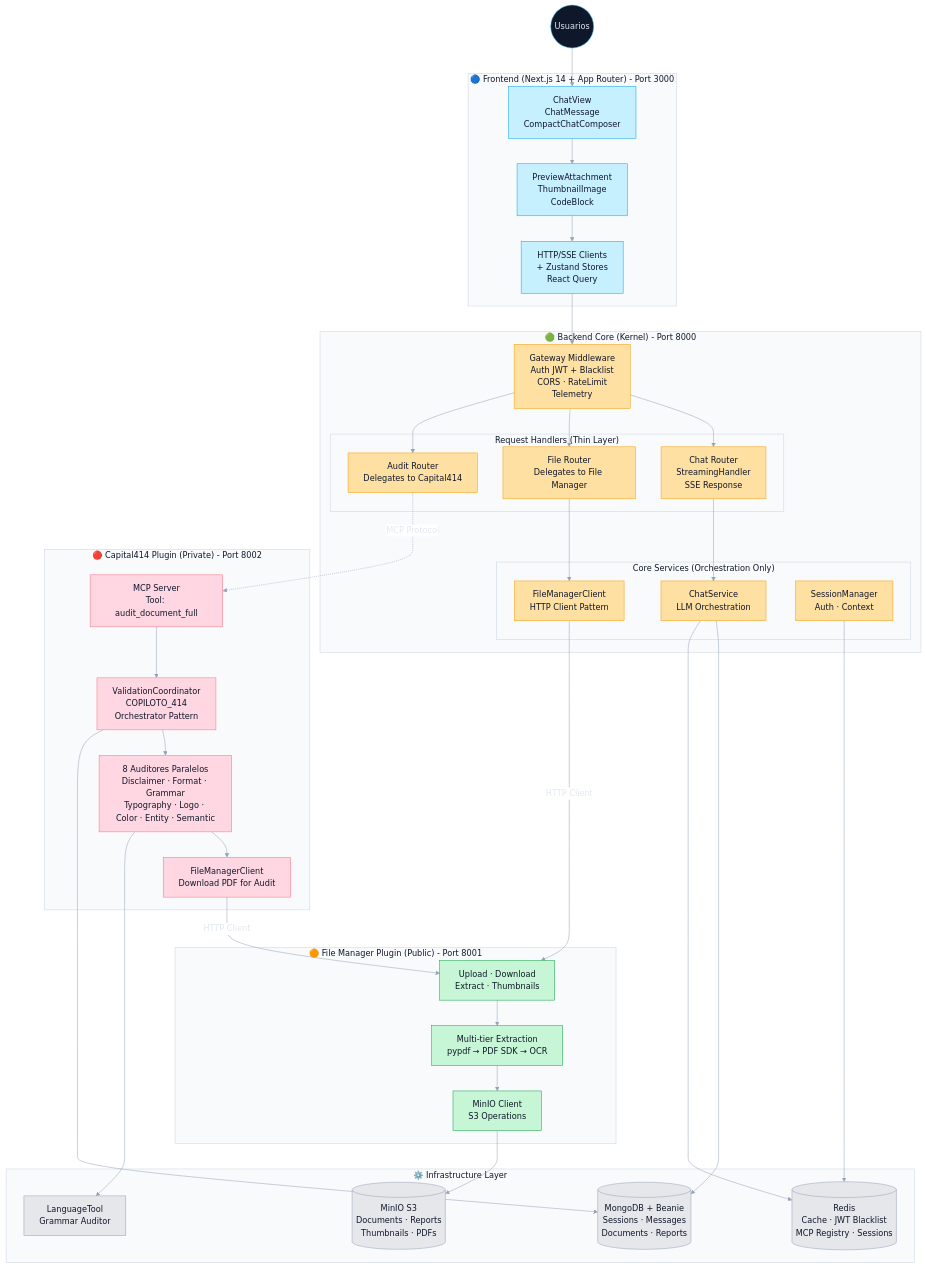
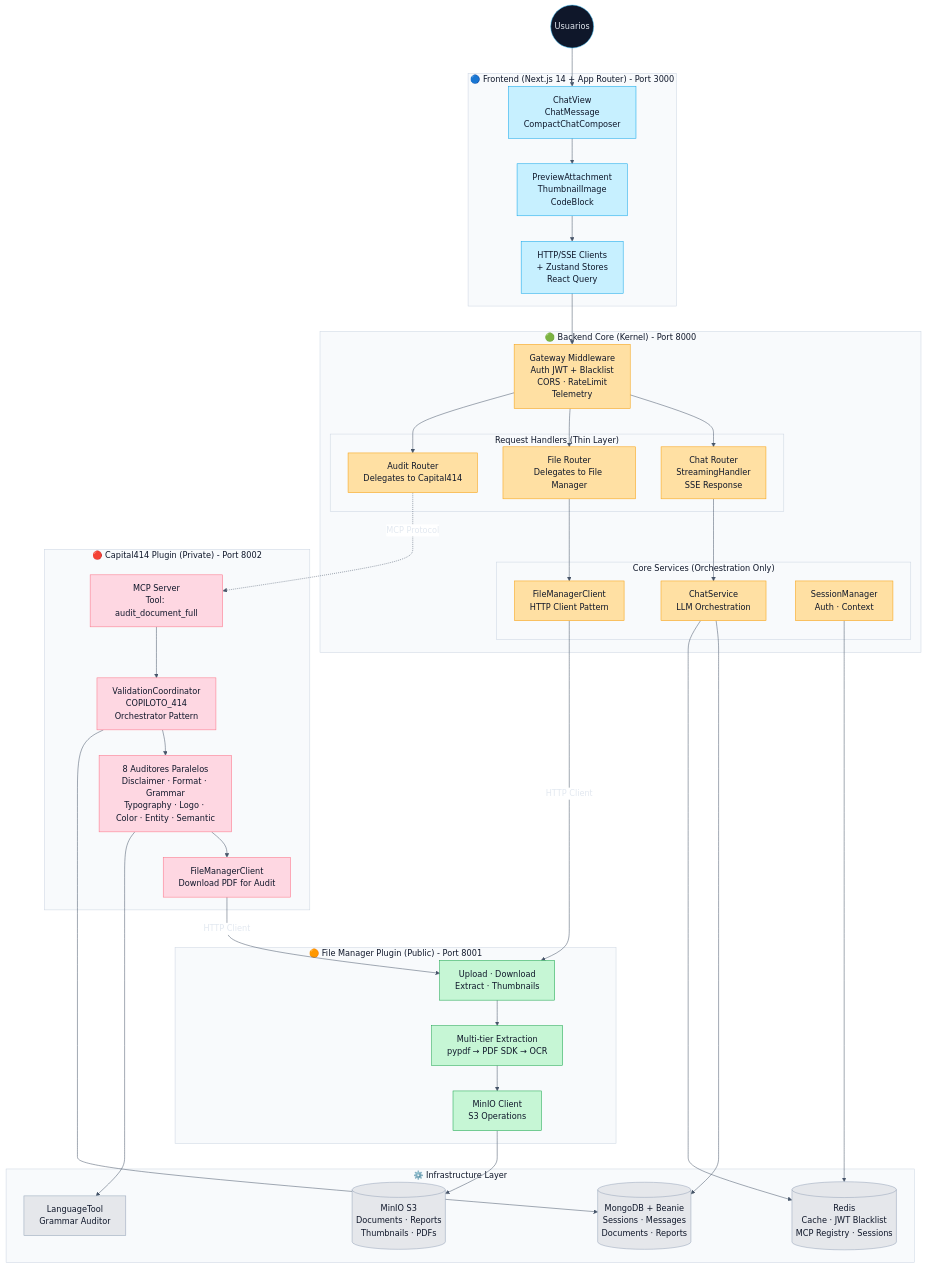
The third of 11 diagrams in README.md (saptiva-ai/octavios-chat), drawn with Mermaid before and after one commit. The commit also changed other lines of this file, not shown here.

Commit message:
docs: darken diagram edges

````diff
--- a/README.md
+++ b/README.md
@@ -447,81 +447,81 @@
 ```mermaid
-%%{init: {'theme': 'base', 'themeVariables': {'primaryColor': '#0f172a','primaryBorderColor': '#38bdf8','primaryTextColor': '#e2e8f0','lineColor': '#94a3b8','secondaryColor': '#ffffff','secondaryBorderColor': '#cbd5e1','secondaryTextColor': '#0f172a','tertiaryColor': '#f8fafc','tertiaryBorderColor': '#cbd5e1','tertiaryTextColor': '#0f172a'}}}%%
+%%{init: {'theme': 'base', 'themeVariables': {'primaryColor': '#0f172a','primaryBorderColor': '#38bdf8','primaryTextColor': '#e2e8f0','lineColor': '#475569','textColor': '#1f2937','secondaryColor': '#ffffff','secondaryBorderColor': '#cbd5e1','secondaryTextColor': '#0f172a','tertiaryColor': '#f8fafc','tertiaryBorderColor': '#cbd5e1','tertiaryTextColor': '#0f172a'}}}%%
 flowchart TB
     user((Usuarios)):::light --> web_ui
 
     subgraph Frontend["🔵 Frontend (Next.js 14 + App Router) - Port 3000"]
         web_ui["ChatView<br/>ChatMessage<br/>CompactChatComposer"]:::frontend
         web_components["PreviewAttachment<br/>ThumbnailImage<br/>CodeBlock"]:::frontend
         web_clients["HTTP/SSE Clients<br/>+ Zustand Stores<br/>React Query"]:::frontend
     end
 
     web_ui --> web_components
     web_components --> web_clients
     web_clients --> gateway
 
     subgraph Core["🟢 Backend Core (Kernel) - Port 8000"]
         gateway["Gateway Middleware<br/>Auth JWT + Blacklist<br/>CORS · RateLimit<br/>Telemetry"]:::core
 
         subgraph Handlers["Request Handlers (Thin Layer)"]
             chat_router["Chat Router<br/>StreamingHandler<br/>SSE Response"]:::core
             file_router["File Router<br/>Delegates to File Manager"]:::core
             audit_router["Audit Router<br/>Delegates to Capital414"]:::core
         end
 
         subgraph CoreServices["Core Services (Orchestration Only)"]
             chat_service["ChatService<br/>LLM Orchestration"]:::core
             fm_client["FileManagerClient<br/>HTTP Client Pattern"]:::core
             session_mgr["SessionManager<br/>Auth · Context"]:::core
         end
     end
 
     gateway --> chat_router
     gateway --> file_router
     gateway --> audit_router
 
     chat_router --> chat_service
     file_router --> fm_client
     audit_router -.->|"MCP Protocol"| capital414_service
 
     subgraph FileManager["🟠 File Manager Plugin (Public) - Port 8001"]
         fm_routes["Upload · Download<br/>Extract · Thumbnails"]:::plugin_public
         fm_extraction["Multi-tier Extraction<br/>pypdf → PDF SDK → OCR"]:::plugin_public
         fm_minio["MinIO Client<br/>S3 Operations"]:::plugin_public
     end
 
     fm_client -->|"HTTP Client"| fm_routes
     fm_routes --> fm_extraction
     fm_extraction --> fm_minio
 
     subgraph Capital414["🔴 Capital414 Plugin (Private) - Port 8002"]
         capital414_service["MCP Server<br/>Tool: audit_document_full"]:::plugin_private
         validation_coord["ValidationCoordinator<br/>COPILOTO_414<br/>Orchestrator Pattern"]:::plugin_private
         auditores["8 Auditores Paralelos<br/>Disclaimer · Format · Grammar<br/>Typography · Logo · Color · Entity · Semantic"]:::plugin_private
         c414_fm_client["FileManagerClient<br/>Download PDF for Audit"]:::plugin_private
     end
 
     capital414_service --> validation_coord
     validation_coord --> auditores
     auditores --> c414_fm_client
     c414_fm_client -->|"HTTP Client"| fm_routes
 
     subgraph Infrastructure["⚙️ Infrastructure Layer"]
         mongo[(MongoDB + Beanie<br/>Sessions · Messages<br/>Documents · Reports)]:::infra
         redis[(Redis<br/>Cache · JWT Blacklist<br/>MCP Registry · Sessions)]:::infra
         minio[(MinIO S3<br/>Documents · Reports<br/>Thumbnails · PDFs)]:::infra
         languagetool["LanguageTool<br/>Grammar Auditor"]:::infra
     end
 
     chat_service --> mongo
     chat_service --> redis
     session_mgr --> redis
     fm_minio --> minio
     validation_coord --> mongo
     auditores --> languagetool
 
     classDef frontend fill:#c7f0ff,stroke:#0ea5e9,color:#0f172a;
     classDef core fill:#ffe0a3,stroke:#f59e0b,color:#0f172a;
     classDef plugin_public fill:#c6f6d5,stroke:#16a34a,color:#0f172a;
     classDef plugin_private fill:#fed7e2,stroke:#fb7185,color:#0f172a;
     classDef infra fill:#e5e7eb,stroke:#94a3b8,color:#0f172a;
 ```
````
